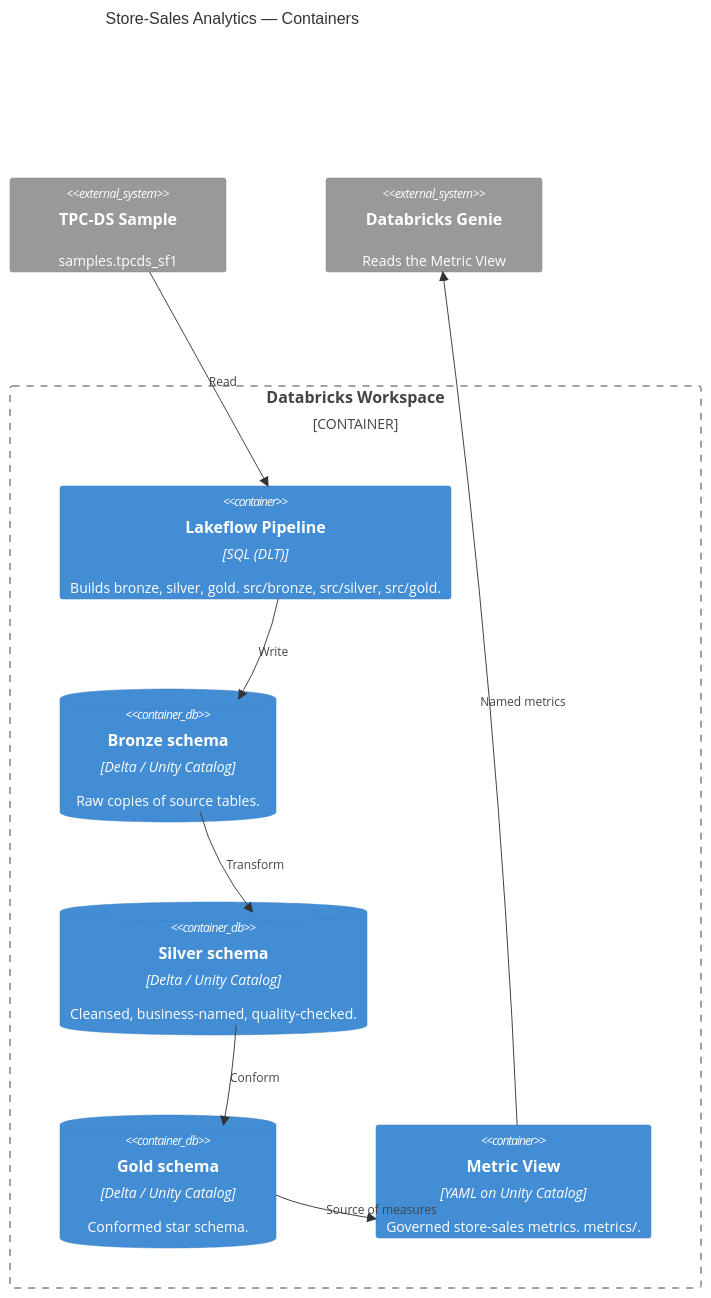
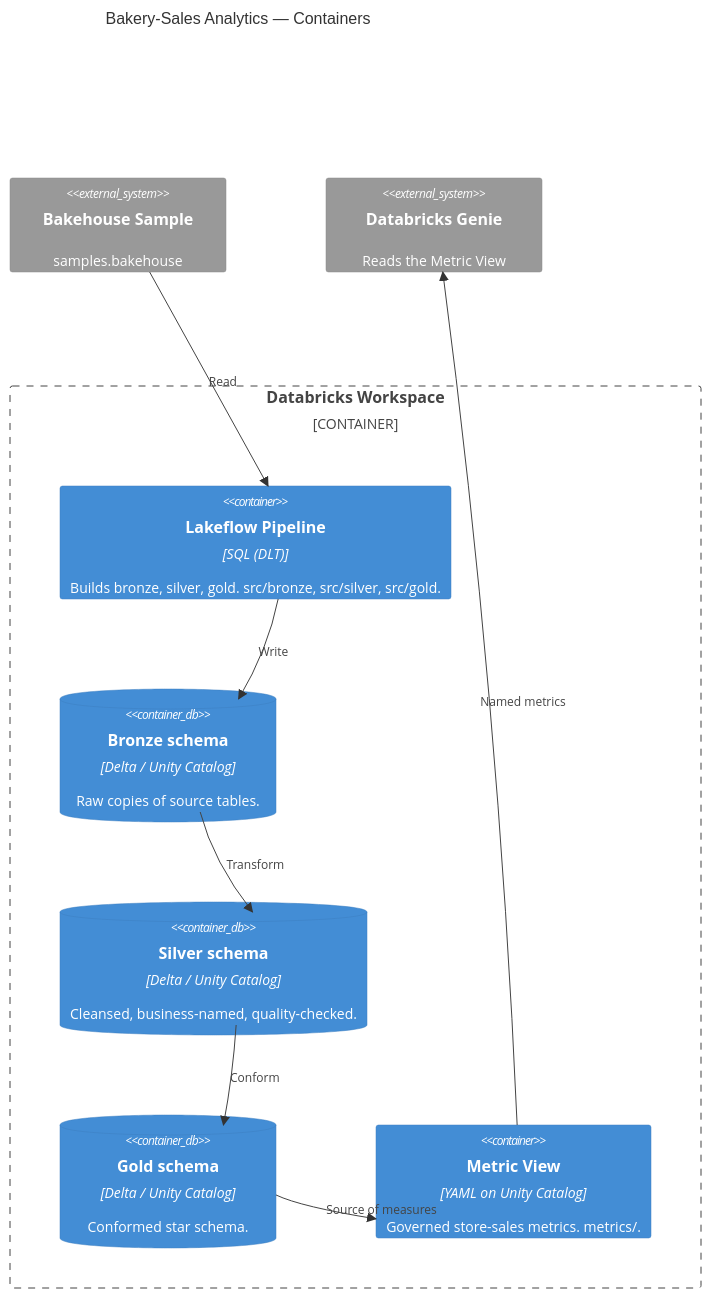
Before and after one commit to marcinkostkiewiczlingaro/dbx_meetup_demo: the diagram in docs/architecture/c4/02_container.md, drawn with Mermaid. The commit also changed 43 other files, not shown here.

First line of the commit message:
F001: pivot source from TPC-DS to bakehouse sample

````diff
--- a/docs/architecture/c4/02_container.md
+++ b/docs/architecture/c4/02_container.md
@@ -6,23 +6,23 @@
 ```mermaid
 C4Container
-  title Store-Sales Analytics — Containers
+  title Bakery-Sales Analytics — Containers
 
-  System_Ext(tpcds, "TPC-DS Sample", "samples.tpcds_sf1")
+  System_Ext(bakehouse, "Bakehouse Sample", "samples.bakehouse")
 
   Container_Boundary(ws, "Databricks Workspace") {
     Container(pipeline, "Lakeflow Pipeline", "SQL (DLT)", "Builds bronze, silver, gold. src/bronze, src/silver, src/gold.")
     ContainerDb(bronze, "Bronze schema", "Delta / Unity Catalog", "Raw copies of source tables.")
     ContainerDb(silver, "Silver schema", "Delta / Unity Catalog", "Cleansed, business-named, quality-checked.")
     ContainerDb(gold, "Gold schema", "Delta / Unity Catalog", "Conformed star schema.")
     Container(metric, "Metric View", "YAML on Unity Catalog", "Governed store-sales metrics. metrics/.")
   }
 
   System_Ext(genie, "Databricks Genie", "Reads the Metric View")
 
-  Rel(tpcds, pipeline, "Read")
+  Rel(bakehouse, pipeline, "Read")
   Rel(pipeline, bronze, "Write")
   Rel(bronze, silver, "Transform")
   Rel(silver, gold, "Conform")
   Rel(gold, metric, "Source of measures")
   Rel(metric, genie, "Named metrics")
 ```
````
